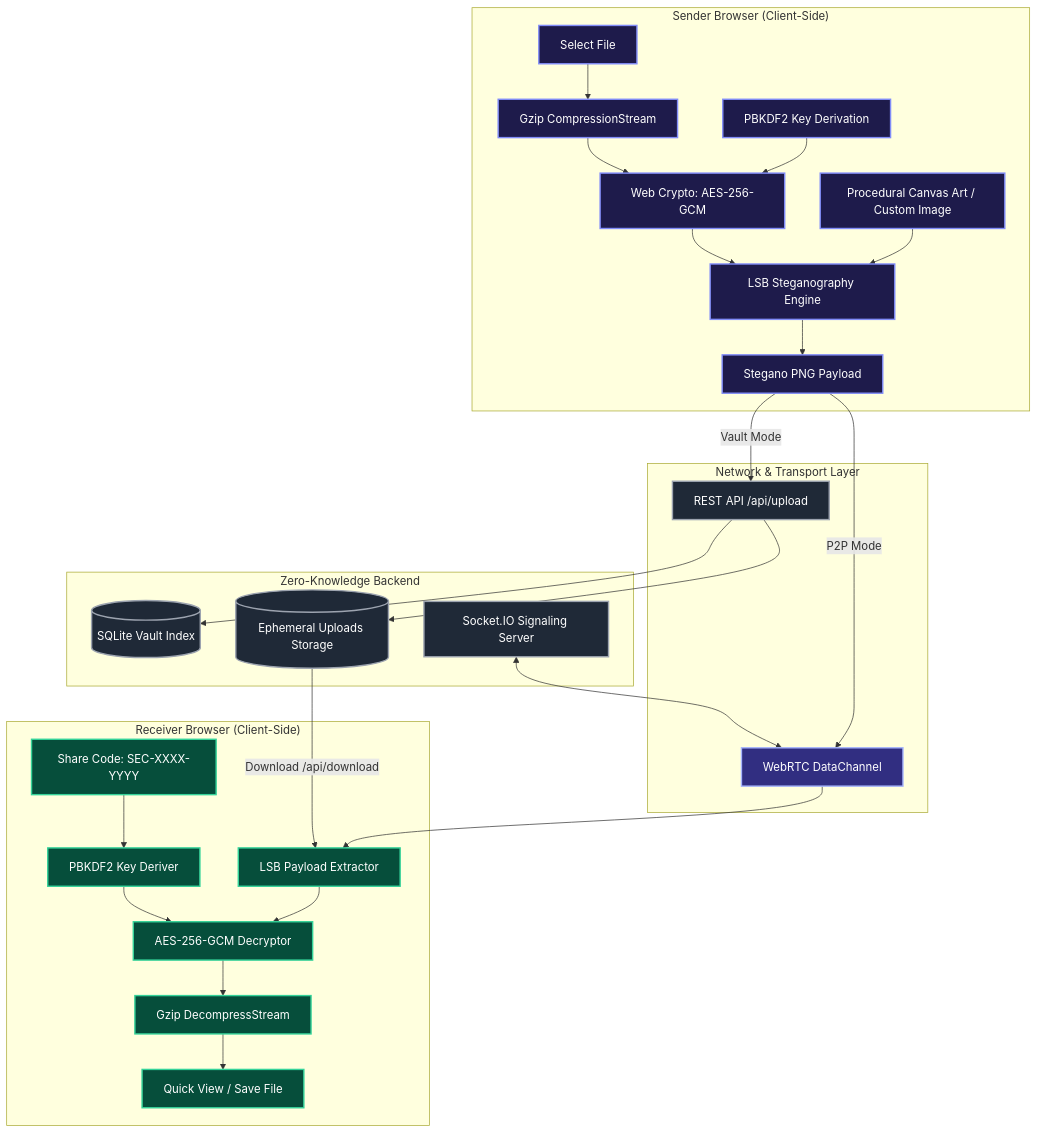
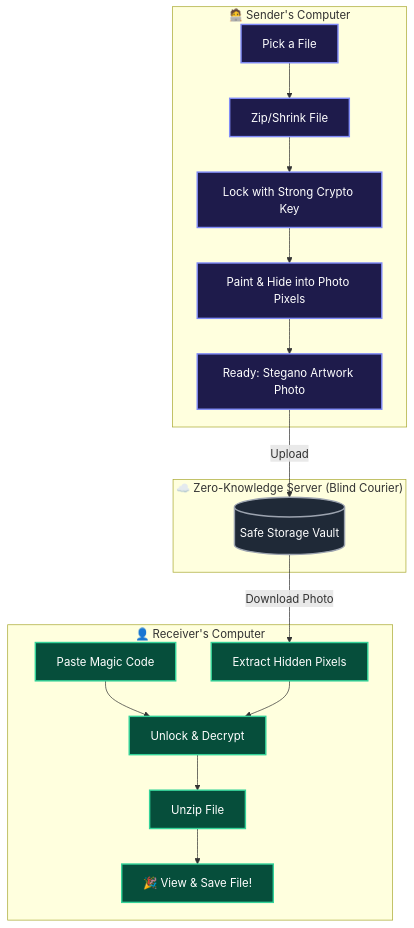
The first of 4 diagrams in README.md (sujalkathait93-lab/filesender), drawn with Mermaid before and after one commit. The commit also changed other lines of this file, not shown here.

Commit message:
Update README with simple teacher-style explanations for all diagrams and remove deployment guide

````diff
--- a/README.md
+++ b/README.md
@@ -45,42 +48,29 @@
 ```mermaid
 graph TD
-    subgraph SENDER_CLIENT ["Sender Browser (Client-Side)"]
-        F1[Select File] --> COMP[Gzip CompressionStream]
-        COMP --> ENC[Web Crypto: AES-256-GCM]
-        KGEN[PBKDF2 Key Derivation] --> ENC
-        ENC --> STEG[LSB Steganography Engine]
-        ART[Procedural Canvas Art / Custom Image] --> STEG
-        STEG --> CIPHER_BLOB[Stegano PNG Payload]
+    subgraph SENDER ["🧑‍💻 Sender's Computer"]
+        A[Pick a File] --> B[Zip/Shrink File]
+        B --> C[Lock with Strong Crypto Key]
+        C --> D[Paint & Hide into Photo Pixels]
+        D --> E[Ready: Stegano Artwork Photo]
     end
 
-    subgraph NETWORK_TRANSFER ["Network & Transport Layer"]
-        CIPHER_BLOB -->|Vault Mode| API[REST API /api/upload]
-        CIPHER_BLOB -->|P2P Mode| RTC[WebRTC DataChannel]
+    subgraph CLOUD ["☁️ Zero-Knowledge Server (Blind Courier)"]
+        E -->|Upload| F[(Safe Storage Vault)]
     end
 
-    subgraph SERVER_VAULT ["Zero-Knowledge Backend"]
-        API --> DB[(SQLite Vault Index)]
-        API --> DISK[(Ephemeral Uploads Storage)]
-        SIG[Socket.IO Signaling Server] <--> RTC
+    subgraph RECEIVER ["👤 Receiver's Computer"]
+        F -->|Download Photo| G[Extract Hidden Pixels]
+        H[Paste Magic Code] --> I[Unlock & Decrypt]
+        G --> I
+        I --> J[Unzip File]
+        J --> K[🎉 View & Save File!]
     end
 
-    subgraph RECEIVER_CLIENT ["Receiver Browser (Client-Side)"]
-        DISK -->|Download /api/download| EXTRACT[LSB Payload Extractor]
-        RTC --> EXTRACT
-        EXTRACT --> DEC[AES-256-GCM Decryptor]
-        SCODE[Share Code: SEC-XXXX-YYYY] --> DKEY[PBKDF2 Key Deriver]
-        DKEY --> DEC
-        DEC --> DECOMP[Gzip DecompressStream]
-        DECOMP --> PREVIEW[Quick View / Save File]
-    end
+    classDef senderStyle fill:#1e1b4b,stroke:#818cf8,stroke-width:2px,color:#fff;
+    classDef receiverStyle fill:#064e3b,stroke:#34d399,stroke-width:2px,color:#fff;
+    classDef cloudStyle fill:#1f2937,stroke:#9ca3af,stroke-width:2px,color:#fff;
 
-    classDef sender fill:#1e1b4b,stroke:#818cf8,stroke-width:2px,color:#fff;
-    classDef receiver fill:#064e3b,stroke:#34d399,stroke-width:2px,color:#fff;
-    classDef server fill:#1f2937,stroke:#9ca3af,stroke-width:2px,color:#fff;
-    classDef network fill:#312e81,stroke:#a5b4fc,stroke-width:2px,color:#fff;
-
-    class F1,COMP,ENC,KGEN,STEG,ART,CIPHER_BLOB sender;
-    class EXTRACT,DEC,SCODE,DKEY,DECOMP,PREVIEW receiver;
-    class API,DB,DISK,SIG server;
-    class RTC network;
+    class A,B,C,D,E senderStyle;
+    class G,H,I,J,K receiverStyle;
+    class F cloudStyle;
 ```
````
